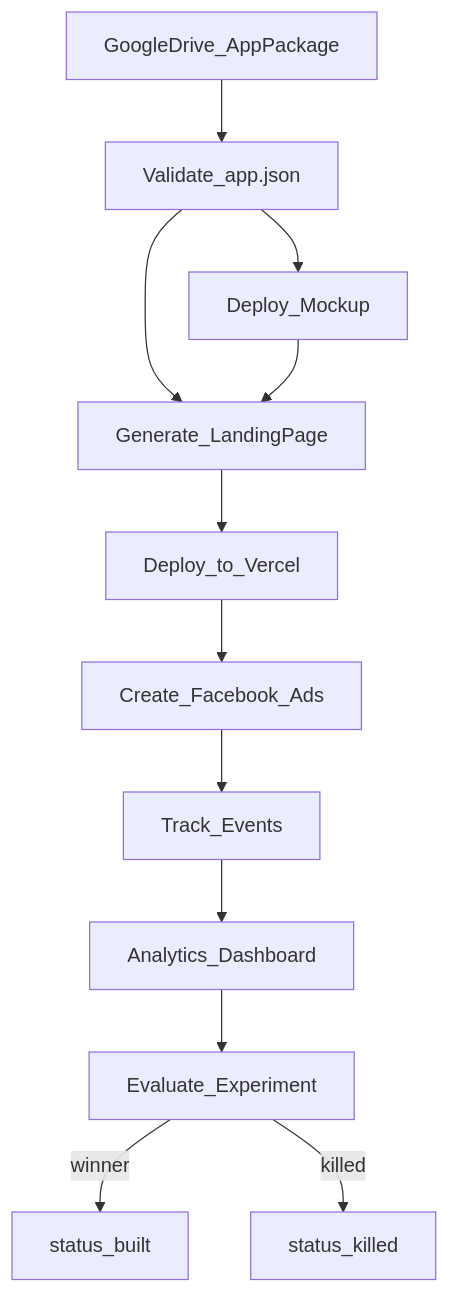
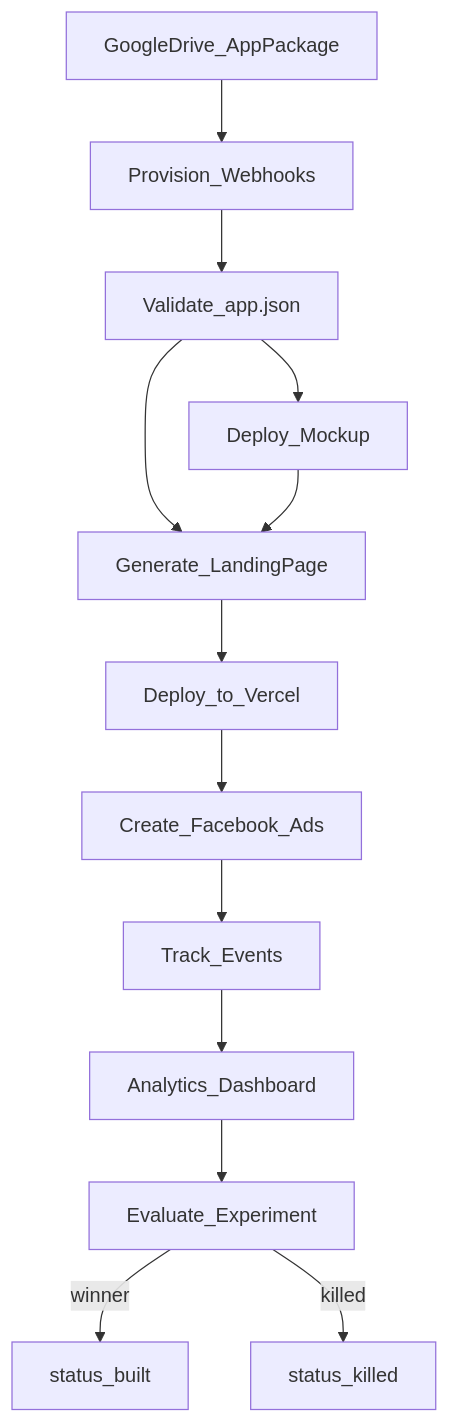
Before and after one commit to scootero/app-validation-spec-v1: the diagram in docs/workflow.md, drawn with Mermaid. The commit also changed other lines of this file and 19 other files, not shown here.

````diff
--- a/docs/workflow.md
+++ b/docs/workflow.md
@@ -7,24 +7,26 @@
 ```mermaid
 flowchart TD
   drive[GoogleDrive_AppPackage]
+  provision[Provision_Webhooks]
   validate[Validate_app.json]
   mockupDeploy[Deploy_Mockup]
   landingGen[Generate_LandingPage]
   vercelDeploy[Deploy_to_Vercel]
   ads[Create_Facebook_Ads]
   track[Track_Events]
   dashboard[Analytics_Dashboard]
   decide[Evaluate_Experiment]
 
-  drive --> validate
+  drive --> provision
+  provision --> validate
   validate --> mockupDeploy
   validate --> landingGen
   mockupDeploy --> landingGen
   landingGen --> vercelDeploy
   vercelDeploy --> ads
   ads --> track
   track --> dashboard
   dashboard --> decide
   decide -->|winner| built[status_built]
   decide -->|killed| killed[status_killed]
 ```
````
